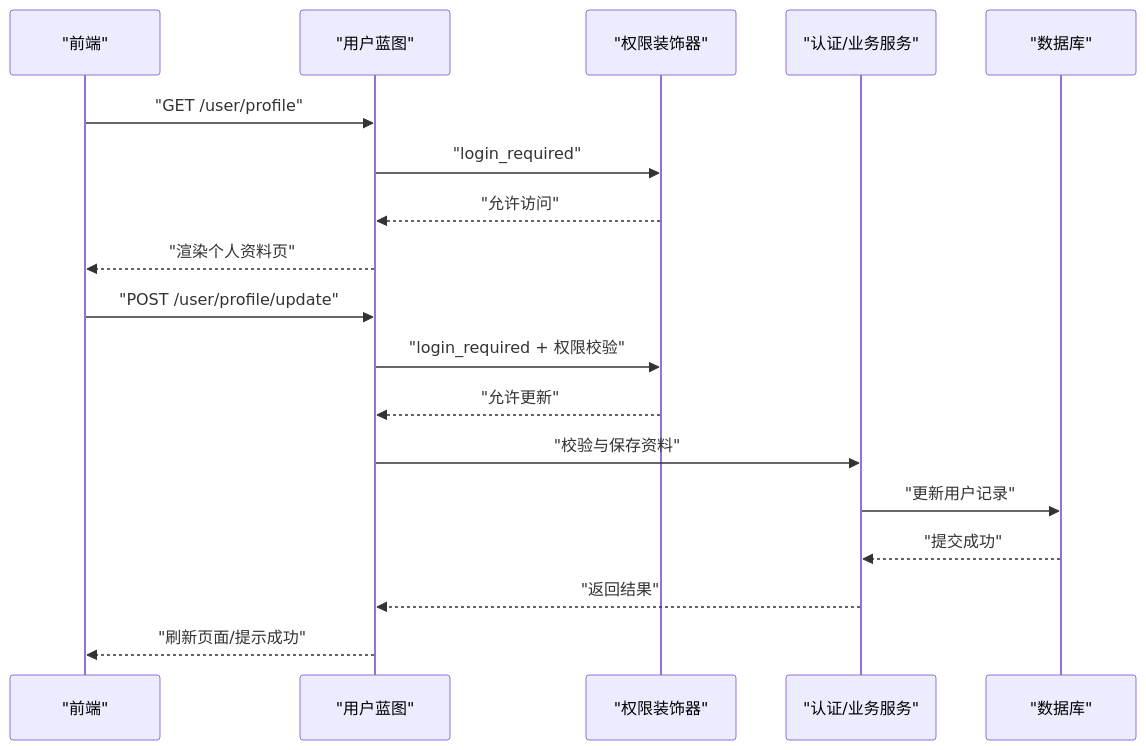
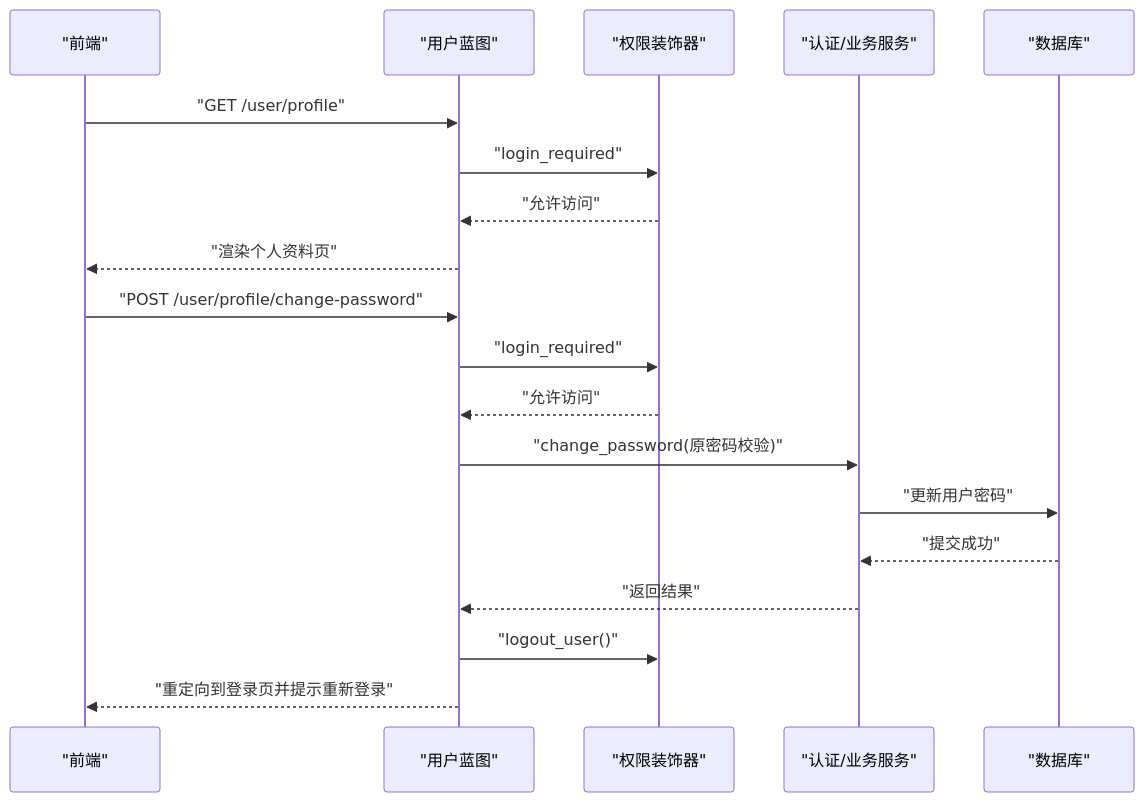
Before and after one commit to beyondalbert/my_wiki: the second of 9 diagrams in .qoder/repowiki/zh/content/核心模块/用户系统模块/用户资料管理.md, drawn with Mermaid. The commit also changed other lines of this file and 12 other files, not shown here.

````diff
--- a/.qoder/repowiki/zh/content/核心模块/用户系统模块/用户资料管理.md
+++ b/.qoder/repowiki/zh/content/核心模块/用户系统模块/用户资料管理.md
@@ -109,20 +112,21 @@
 ```mermaid
 sequenceDiagram
 participant FE as "前端"
 participant BP as "用户蓝图"
 participant DEC as "权限装饰器"
 participant SVC as "认证/业务服务"
 participant DB as "数据库"
 FE->>BP : "GET /user/profile"
 BP->>DEC : "login_required"
 DEC-->>BP : "允许访问"
 BP-->>FE : "渲染个人资料页"
-FE->>BP : "POST /user/profile/update"
-BP->>DEC : "login_required + 权限校验"
-DEC-->>BP : "允许更新"
-BP->>SVC : "校验与保存资料"
-SVC->>DB : "更新用户记录"
+FE->>BP : "POST /user/profile/change-password"
+BP->>DEC : "login_required"
+DEC-->>BP : "允许访问"
+BP->>SVC : "change_password(原密码校验)"
+SVC->>DB : "更新用户密码"
 DB-->>SVC : "提交成功"
 SVC-->>BP : "返回结果"
-BP-->>FE : "刷新页面/提示成功"
+BP->>DEC : "logout_user()"
+BP-->>FE : "重定向到登录页并提示重新登录"
 ```
````
